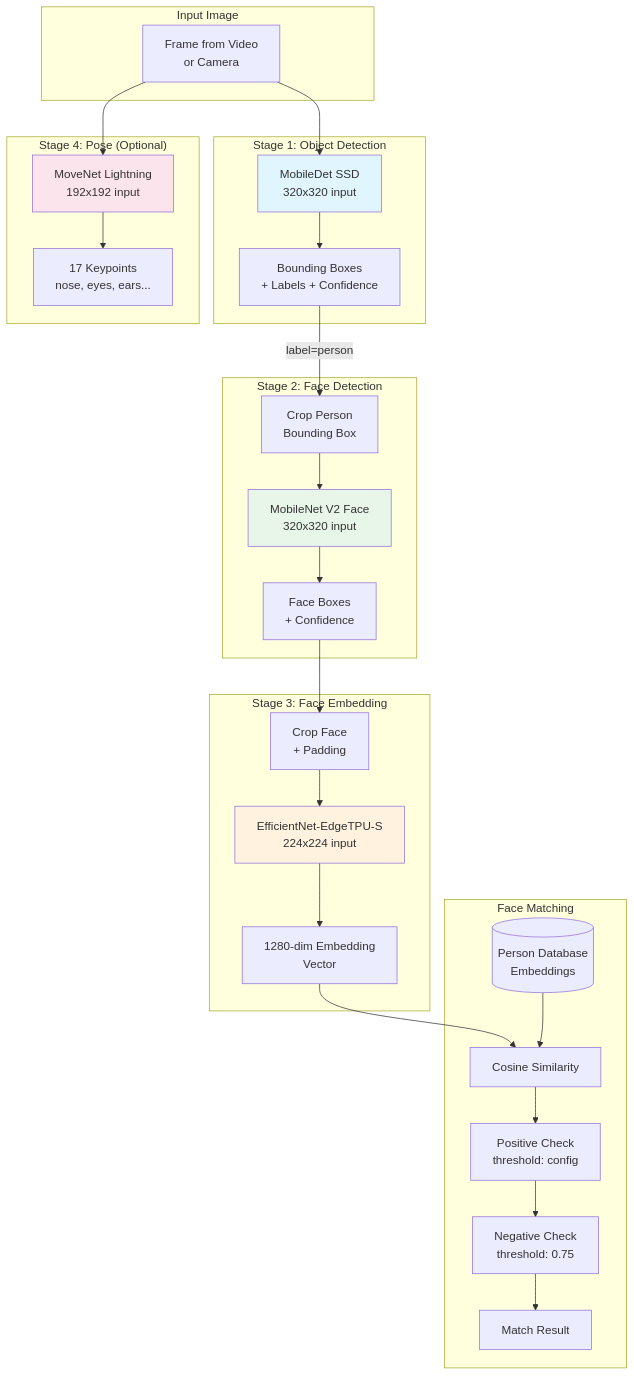
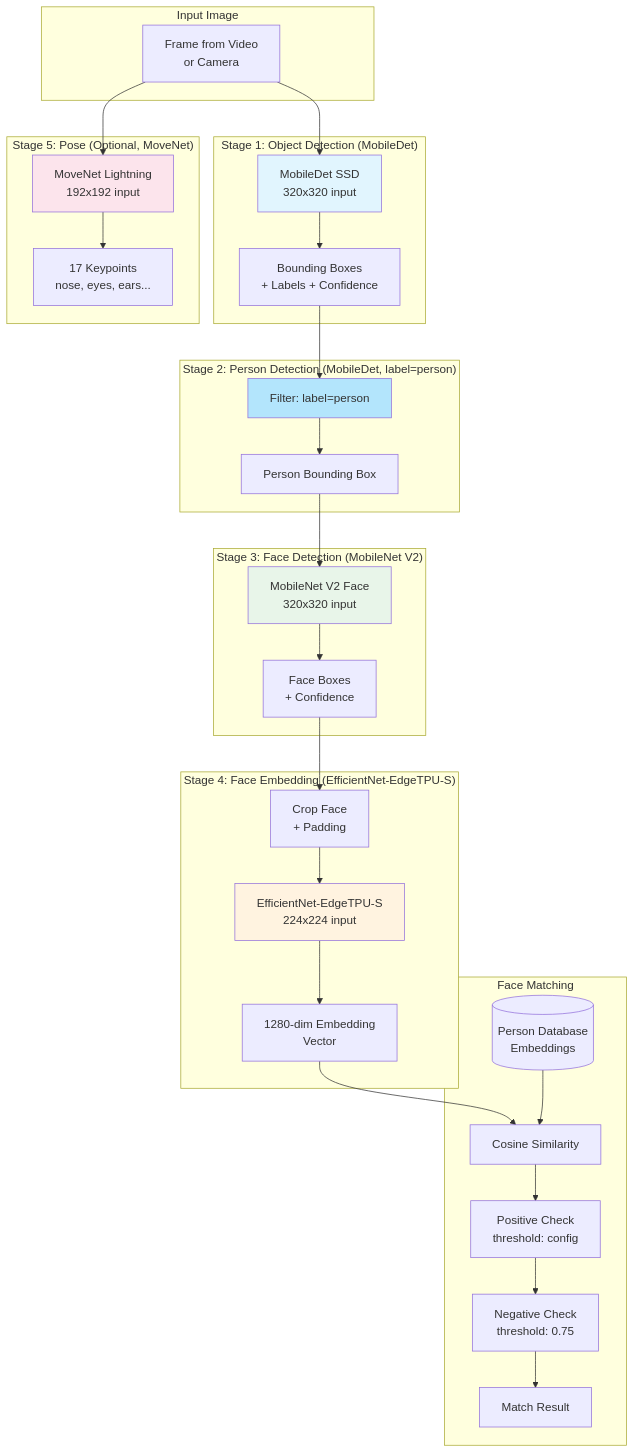
Before and after one commit to brainAThome/Opening_RTSP-Recorder: the fourth of 6 diagrams in README.md, drawn with Mermaid.

Commit message:
Clarify AI pipeline: explicit person detection step

````diff
--- a/README.md
+++ b/README.md
@@ -202,59 +202,65 @@
 ```mermaid
 flowchart TB
     subgraph Input["Input Image"]
         IMG["Frame from Video<br/>or Camera"]
     end
     
-    subgraph Stage1["Stage 1: Object Detection"]
+    subgraph Stage1["Stage 1: Object Detection (MobileDet)"]
         MD["MobileDet SSD<br/>320x320 input"]
         MD_OUT["Bounding Boxes<br/>+ Labels + Confidence"]
     end
     
-    subgraph Stage2["Stage 2: Face Detection"]
-        CROP["Crop Person<br/>Bounding Box"]
+    subgraph Stage2["Stage 2: Person Detection (MobileDet, label=person)"]
+        PERSON_FILTER["Filter: label=person"]
+        PERSON_BOX["Person Bounding Box"]
+    end
+    
+    subgraph Stage3["Stage 3: Face Detection (MobileNet V2)"]
         FD["MobileNet V2 Face<br/>320x320 input"]
         FD_OUT["Face Boxes<br/>+ Confidence"]
     end
     
-    subgraph Stage3["Stage 3: Face Embedding"]
+    subgraph Stage4["Stage 4: Face Embedding (EfficientNet-EdgeTPU-S)"]
         FCROP["Crop Face<br/>+ Padding"]
         FE["EfficientNet-EdgeTPU-S<br/>224x224 input"]
         FE_OUT["1280-dim Embedding<br/>Vector"]
     end
     
-    subgraph Stage4["Stage 4: Pose (Optional)"]
+    subgraph Stage5["Stage 5: Pose (Optional, MoveNet)"]
         MN["MoveNet Lightning<br/>192x192 input"]
         MN_OUT["17 Keypoints<br/>nose, eyes, ears..."]
     end
     
     subgraph Matching["Face Matching"]
         DB[("Person Database<br/>Embeddings")]
         COS["Cosine Similarity"]
         POS["Positive Check<br/>threshold: config"]
         NEG["Negative Check<br/>threshold: 0.75"]
         RESULT["Match Result"]
     end
     
     IMG --> MD
     MD --> MD_OUT
-    MD_OUT -->|"label=person"| CROP
-    CROP --> FD
+    MD_OUT --> PERSON_FILTER
+    PERSON_FILTER --> PERSON_BOX
+    PERSON_BOX --> FD
     FD --> FD_OUT
     FD_OUT --> FCROP
     FCROP --> FE
     FE --> FE_OUT
     
     IMG --> MN
     MN --> MN_OUT
     
     FE_OUT --> COS
     DB --> COS
     COS --> POS
     POS --> NEG
     NEG --> RESULT
     
     style MD fill:#e1f5fe
+    style PERSON_FILTER fill:#b3e5fc
     style FD fill:#e8f5e9
     style FE fill:#fff3e0
     style MN fill:#fce4ec
 ```
````
